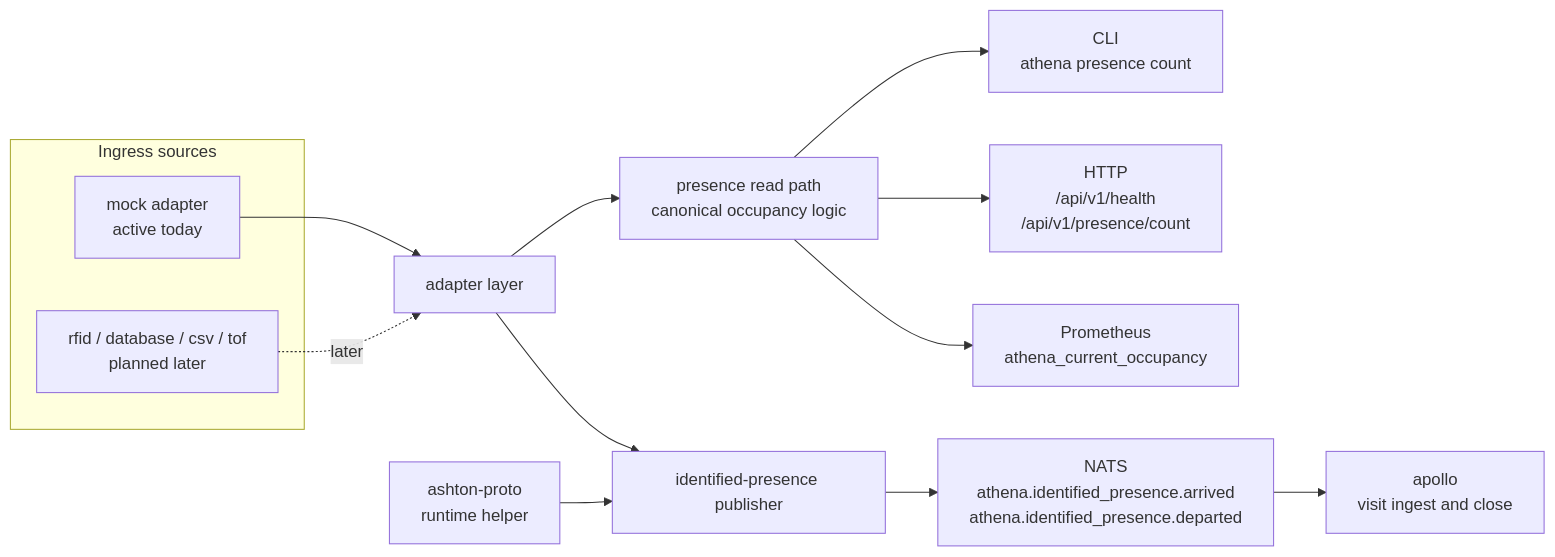
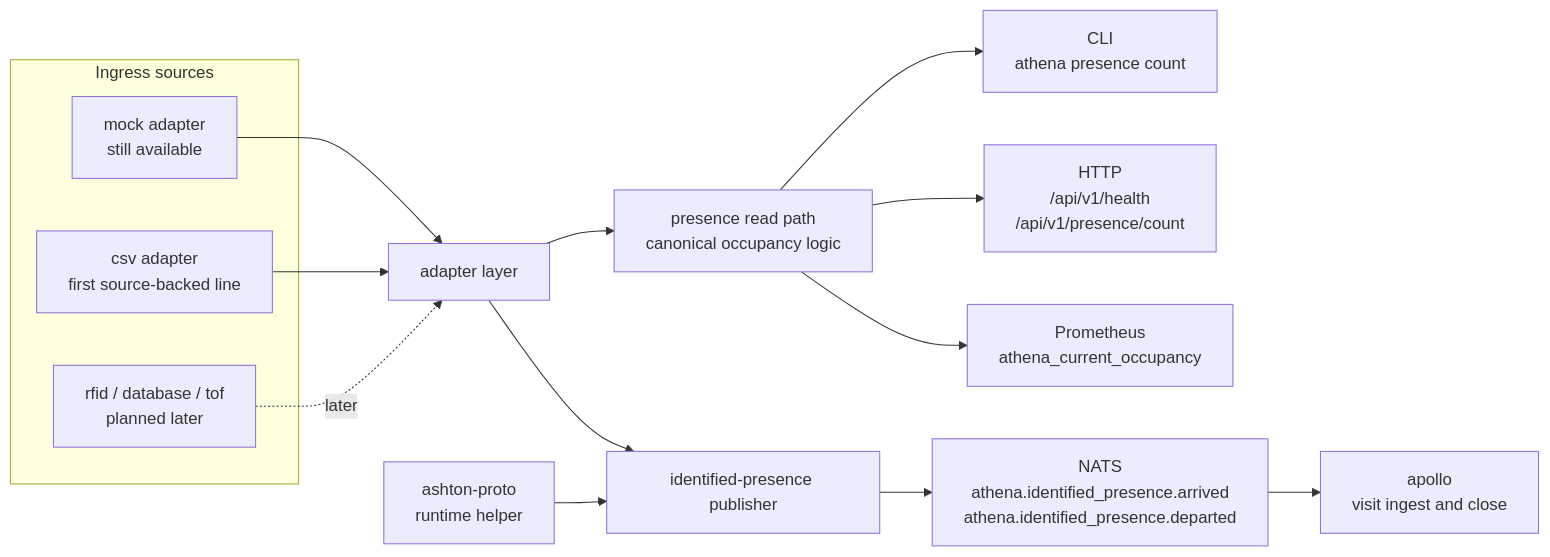
Before and after one commit to ixxet/athena: the diagram in docs/diagrams/athena-read-and-publish.mmd, drawn with Mermaid. The commit also changed 5 other files, not shown here.

Commit message:
docs: align source-backed ingress docs

```diff
--- a/docs/diagrams/athena-read-and-publish.mmd
+++ b/docs/diagrams/athena-read-and-publish.mmd
@@ -1,25 +1,27 @@
 flowchart LR
   subgraph inputs["Ingress sources"]
-    mock["mock adapter<br/>active today"]
-    future["rfid / database / csv / tof<br/>planned later"]
+    mock["mock adapter<br/>still available"]
+    csv["csv adapter<br/>first source-backed line"]
+    future["rfid / database / tof<br/>planned later"]
   end
 
   adapter["adapter layer"]
   read["presence read path<br/>canonical occupancy logic"]
   cli["CLI<br/>athena presence count"]
   api["HTTP<br/>/api/v1/health<br/>/api/v1/presence/count"]
   metrics["Prometheus<br/>athena_current_occupancy"]
   publish["identified-presence publisher"]
   helper["ashton-proto<br/>runtime helper"]
   nats["NATS<br/>athena.identified_presence.arrived<br/>athena.identified_presence.departed"]
   apollo["apollo<br/>visit ingest and close"]
 
   mock --> adapter
+  csv --> adapter
   future -. later .-> adapter
   adapter --> read
   read --> cli
   read --> api
   read --> metrics
   adapter --> publish
   helper --> publish
   publish --> nats --> apollo
```
